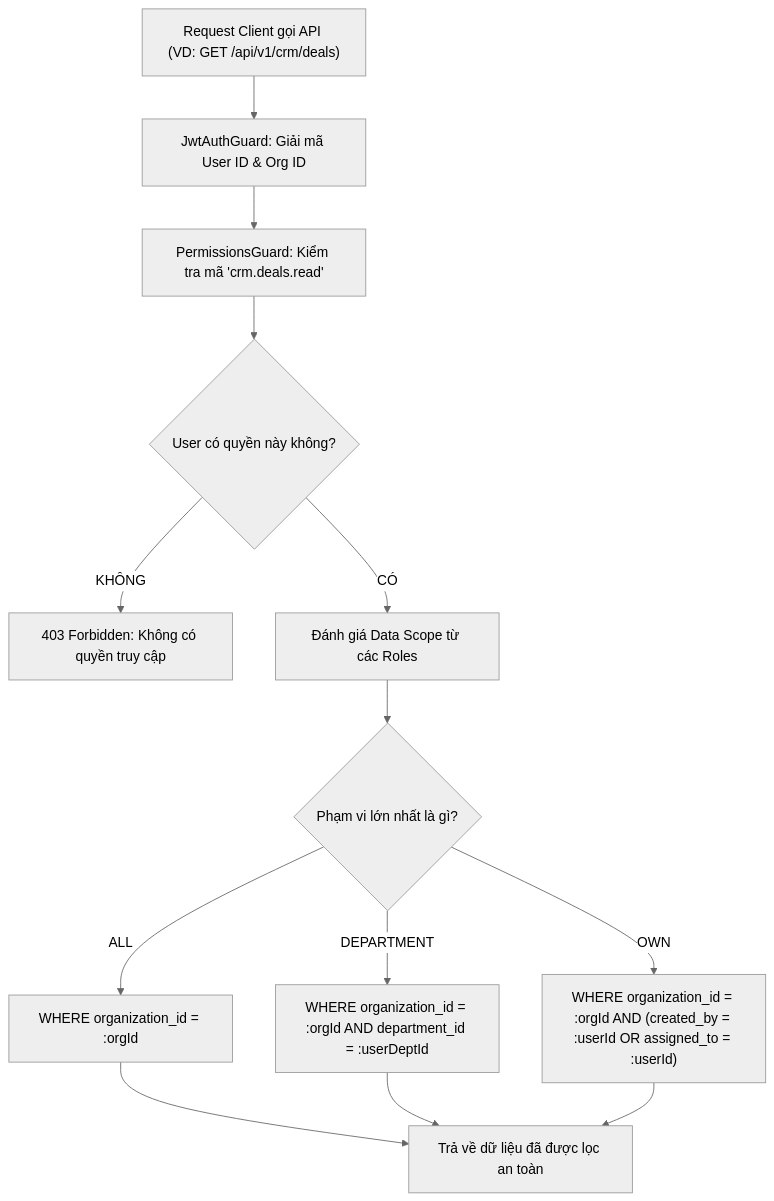
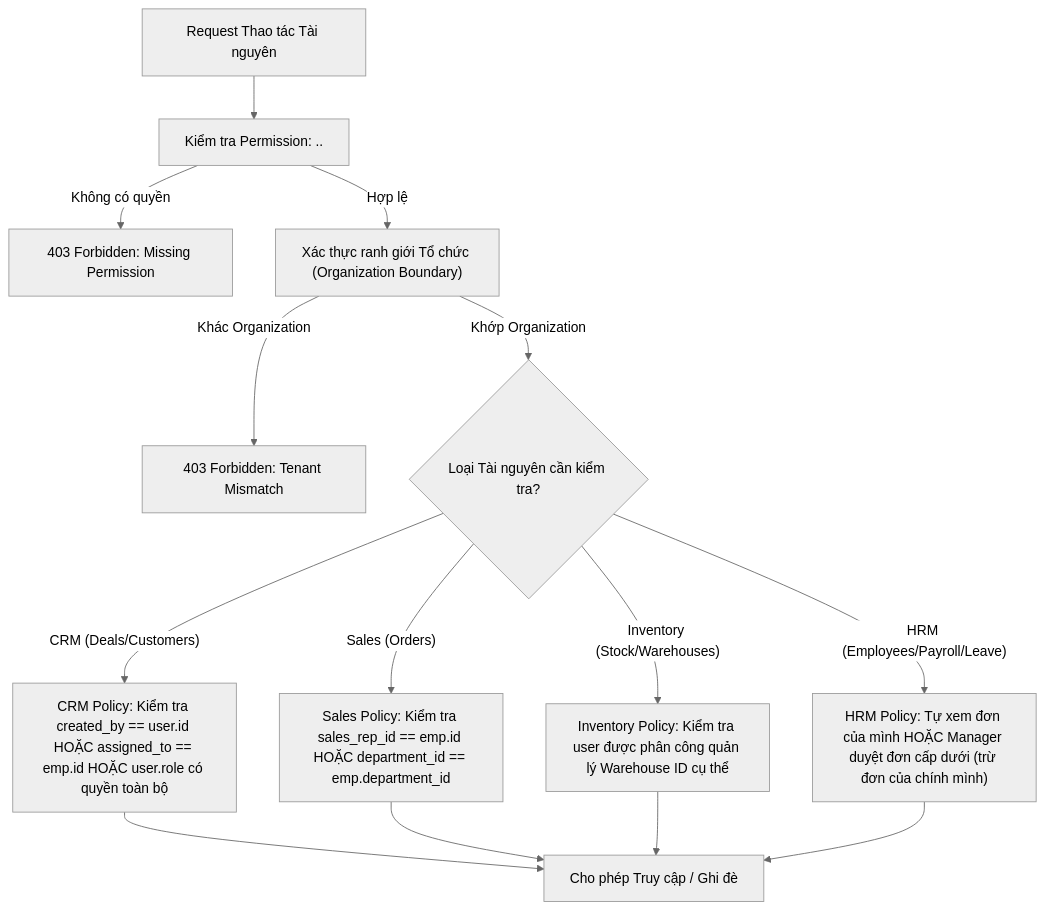
The fifth of 5 diagrams in docs/PHASE_1D_ARCHITECTURE_BLUEPRINT.md (ntrungz0704/bizpro), drawn with Mermaid (neutral theme) before and after one commit. The commit also changed other lines of this file and 5 other files, not shown here.

Commit message:
docs(phase-1d): complete cross-document architecture revision across all 6 blueprint documents

````diff
--- a/docs/PHASE_1D_ARCHITECTURE_BLUEPRINT.md
+++ b/docs/PHASE_1D_ARCHITECTURE_BLUEPRINT.md
@@ -294,17 +281,18 @@
 ```mermaid
 flowchart TD
-    Req["Request Client gọi API (VD: GET /api/v1/crm/deals)"] --> JWT["JwtAuthGuard: Giải mã User ID & Org ID"]
-    JWT --> PermGuard["PermissionsGuard: Kiểm tra mã 'crm.deals.read'"]
-    PermGuard --> HasPerm{"User có quyền này không?"}
-    HasPerm -- "KHÔNG" --> Err403["403 Forbidden: Không có quyền truy cập"]
-    HasPerm -- "CÓ" --> ScopeEval["Đánh giá Data Scope từ các Roles"]
-    
-    ScopeEval --> CheckScope{"Phạm vi lớn nhất là gì?"}
-    CheckScope -- "ALL" --> QueryAll["WHERE organization_id = :orgId"]
-    CheckScope -- "DEPARTMENT" --> QueryDept["WHERE organization_id = :orgId AND department_id = :userDeptId"]
-    CheckScope -- "OWN" --> QueryOwn["WHERE organization_id = :orgId AND (created_by = :userId OR assigned_to = :userId)"]
-    
-    QueryAll --> ReturnData["Trả về dữ liệu đã được lọc an toàn"]
-    QueryDept --> ReturnData
-    QueryOwn --> ReturnData
+    Req["Request Thao tác Tài nguyên"] --> PermCheck["Kiểm tra Permission: <module>.<resource>.<action>"]
+    PermCheck -- "Không có quyền" --> Deny["403 Forbidden: Missing Permission"]
+    PermCheck -- "Hợp lệ" --> OrgCheck["Xác thực ranh giới Tổ chức (Organization Boundary)"]
+    OrgCheck -- "Khác Organization" --> DenyCrossTenant["403 Forbidden: Tenant Mismatch"]
+    OrgCheck -- "Khớp Organization" --> ResType{"Loại Tài nguyên cần kiểm tra?"}
+
+    ResType -- "CRM (Deals/Customers)" --> CRMEval["CRM Policy: Kiểm tra created_by == user.id HOẶC assigned_to == emp.id HOẶC user.role có quyền toàn bộ"]
+    ResType -- "Sales (Orders)" --> SalesEval["Sales Policy: Kiểm tra sales_rep_id == emp.id HOẶC department_id == emp.department_id"]
+    ResType -- "Inventory (Stock/Warehouses)" --> InvEval["Inventory Policy: Kiểm tra user được phân công quản lý Warehouse ID cụ thể"]
+    ResType -- "HRM (Employees/Payroll/Leave)" --> HRMEval["HRM Policy: Tự xem đơn của mình HOẶC Manager duyệt đơn cấp dưới (trừ đơn của chính mình)"]
+
+    CRMEval --> Allow["Cho phép Truy cập / Ghi đè"]
+    SalesEval --> Allow
+    InvEval --> Allow
+    HRMEval --> Allow
 ```
````
